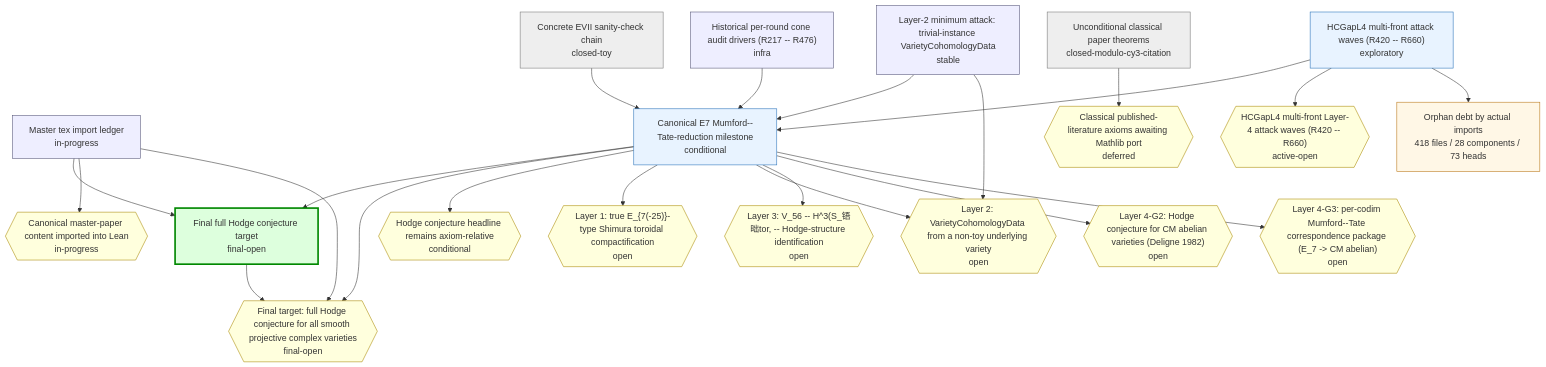
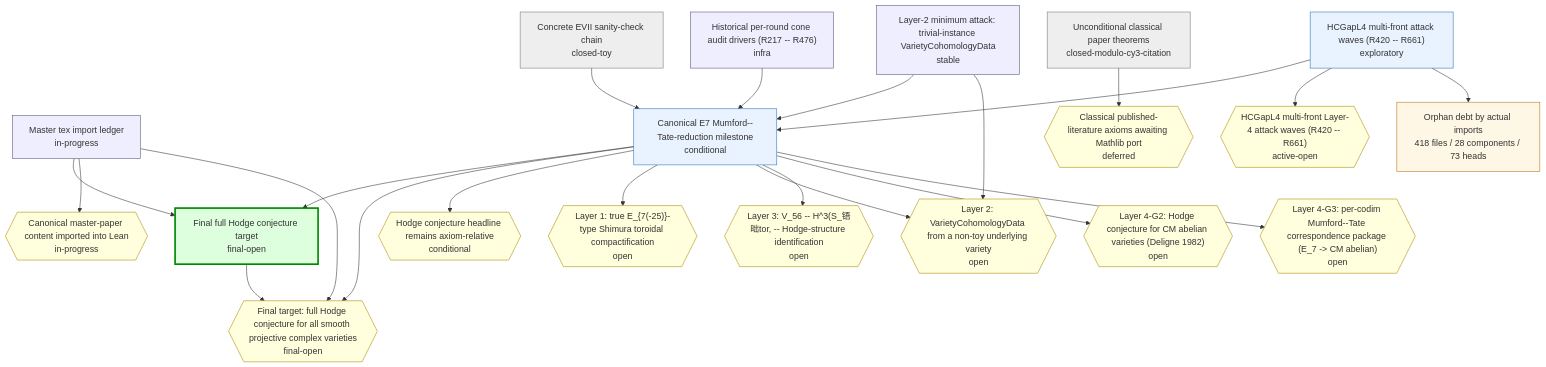
The first of 2 diagrams in chain-status/research-map.md (crabsatellite/hodge-conjecture-lean4-formalization), drawn with Mermaid before and after one commit. The commit also changed other lines of this file and 8 other files, not shown here.

````diff
--- a/chain-status/research-map.md
+++ b/chain-status/research-map.md
@@ -46,54 +46,54 @@
 ```mermaid
 graph TD
   classDef main fill:#dfd,stroke:#080,stroke-width:3px
   classDef active fill:#e8f3ff,stroke:#2670b8
   classDef support fill:#eef,stroke:#557
   classDef closed fill:#eee,stroke:#777
   classDef dead fill:#fdd,stroke:#a00,stroke-width:2px
   classDef gapOpen fill:#ffd,stroke:#a80
   classDef gapClosed fill:#eee,stroke:#777
   classDef gapDead fill:#fdd,stroke:#a00
   classDef debt fill:#fff7e6,stroke:#b87514
   classDef debtTaxonomy fill:#e8f3ff,stroke:#2670b8,stroke-dasharray:3 3
   classDef debtRule fill:#eefbea,stroke:#398439,stroke-dasharray:3 3
   classDef debtDead fill:#fdd,stroke:#a00,stroke-dasharray:3 3
   chain_full_hc_final_target["Final full Hodge conjecture target\nfinal-open"]:::main
   chain_master_paper_import_ledger["Master tex import ledger\nin-progress"]:::support
   chain_main_hc_axiom_relative["Canonical E7 Mumford--Tate-reduction milestone\nconditional"]:::active
   chain_unconditional_classical["Unconditional classical paper theorems\nclosed-modulo-cy3-citation"]:::closed
   chain_hcgap_l2_trivial_instances["Layer-2 minimum attack: trivial-instance VarietyCohomologyData\nstable"]:::support
-  chain_hcgap_l4_multifront_active["HCGapL4 multi-front attack waves (R420 -- R660)\nexploratory"]:::active
+  chain_hcgap_l4_multifront_active["HCGapL4 multi-front attack waves (R420 -- R661)\nexploratory"]:::active
   chain_concrete_evii_toy["Concrete EVII sanity-check chain\nclosed-toy"]:::closed
   chain_historical_cone_audits["Historical per-round cone audit drivers (R217 -- R476)\ninfra"]:::support
   gap_G_full_hc{{"Final target: full Hodge conjecture for all smooth projective complex varieties\nfinal-open"}}:::gapOpen
   gap_G_master_paper_import{{"Canonical master-paper content imported into Lean\nin-progress"}}:::gapOpen
   gap_G_main_hc{{"Hodge conjecture headline remains axiom-relative\nconditional"}}:::gapOpen
   gap_G_l1_e7_shimura_tor{{"Layer 1: true E_{7(-25)}-type Shimura toroidal compactification\nopen"}}:::gapOpen
   gap_G_l2_cohomology_construction{{"Layer 2: VarietyCohomologyData from a non-toy underlying variety\nopen"}}:::gapOpen
   gap_G_l3_v56_mt_identification{{"Layer 3: V_56 -- H^3(S_铻昢tor, -- Hodge-structure identification\nopen"}}:::gapOpen
   gap_G_l4_cm_abelian_hc{{"Layer 4-G2: Hodge conjecture for CM abelian varieties (Deligne 1982)\nopen"}}:::gapOpen
   gap_G_l4_mt_correspondence{{"Layer 4-G3: per-codim Mumford--Tate correspondence package (E_7 -> CM abelian)\nopen"}}:::gapOpen
   gap_G_classical_mathlib_port{{"Classical published-literature axioms awaiting Mathlib port\ndeferred"}}:::gapOpen
-  gap_G_hcgap_l4_multifront{{"HCGapL4 multi-front Layer-4 attack waves (R420 -- R660)\nactive-open"}}:::gapOpen
+  gap_G_hcgap_l4_multifront{{"HCGapL4 multi-front Layer-4 attack waves (R420 -- R661)\nactive-open"}}:::gapOpen
   chain_full_hc_final_target --> gap_G_full_hc
   chain_master_paper_import_ledger --> chain_full_hc_final_target
   chain_master_paper_import_ledger --> gap_G_master_paper_import
   chain_master_paper_import_ledger --> gap_G_full_hc
   chain_main_hc_axiom_relative --> chain_full_hc_final_target
   chain_main_hc_axiom_relative --> gap_G_full_hc
   chain_main_hc_axiom_relative --> gap_G_main_hc
   chain_main_hc_axiom_relative --> gap_G_l1_e7_shimura_tor
   chain_main_hc_axiom_relative --> gap_G_l2_cohomology_construction
   chain_main_hc_axiom_relative --> gap_G_l3_v56_mt_identification
   chain_main_hc_axiom_relative --> gap_G_l4_cm_abelian_hc
   chain_main_hc_axiom_relative --> gap_G_l4_mt_correspondence
   chain_unconditional_classical --> gap_G_classical_mathlib_port
   chain_hcgap_l2_trivial_instances --> chain_main_hc_axiom_relative
   chain_hcgap_l2_trivial_instances --> gap_G_l2_cohomology_construction
   chain_hcgap_l4_multifront_active --> chain_main_hc_axiom_relative
   chain_hcgap_l4_multifront_active --> gap_G_hcgap_l4_multifront
   chain_concrete_evii_toy --> chain_main_hc_axiom_relative
   chain_historical_cone_audits --> chain_main_hc_axiom_relative
   debt_all["Orphan debt by actual imports\n418 files / 28 components / 73 heads"]:::debt
   chain_hcgap_l4_multifront_active --> debt_all
 ```
````
